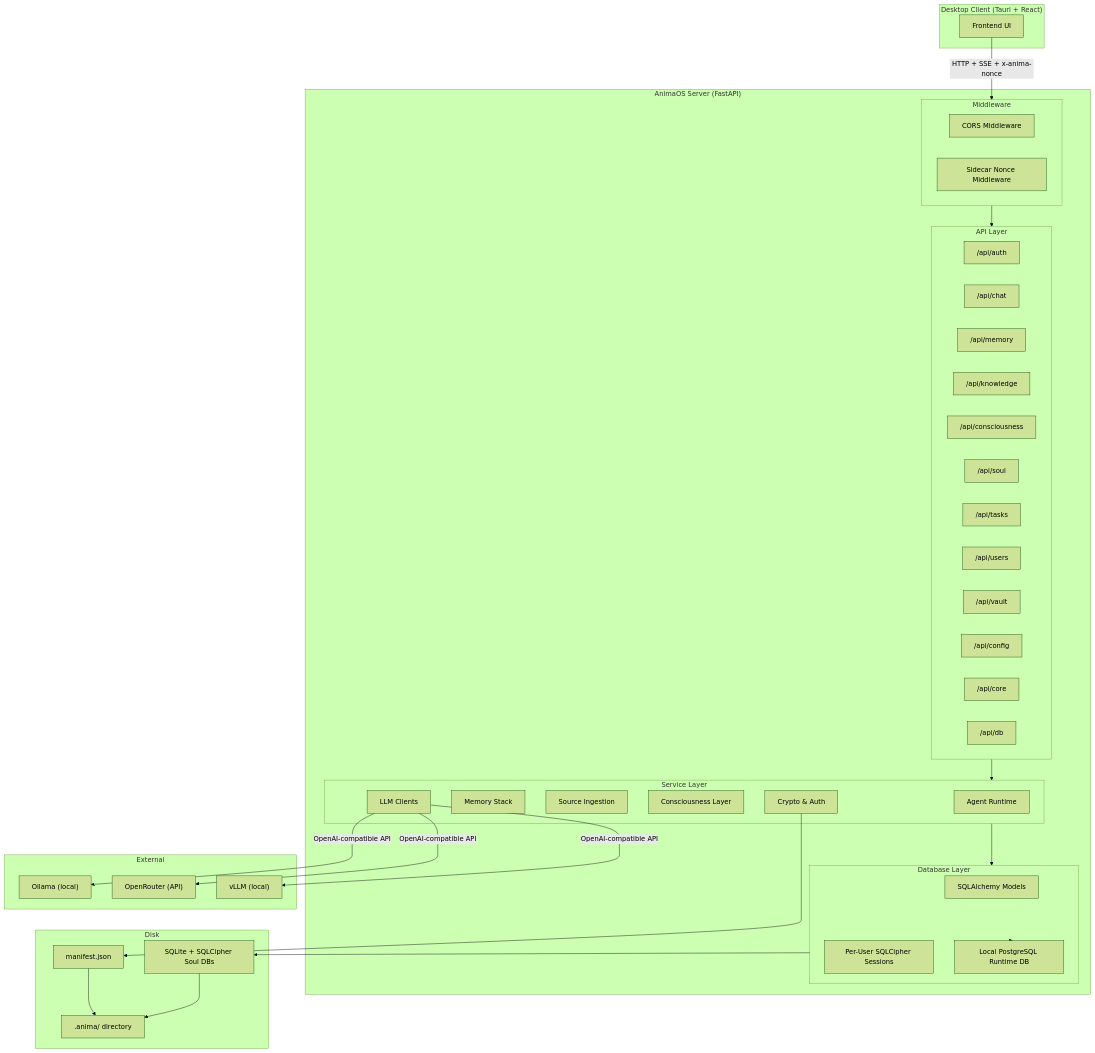
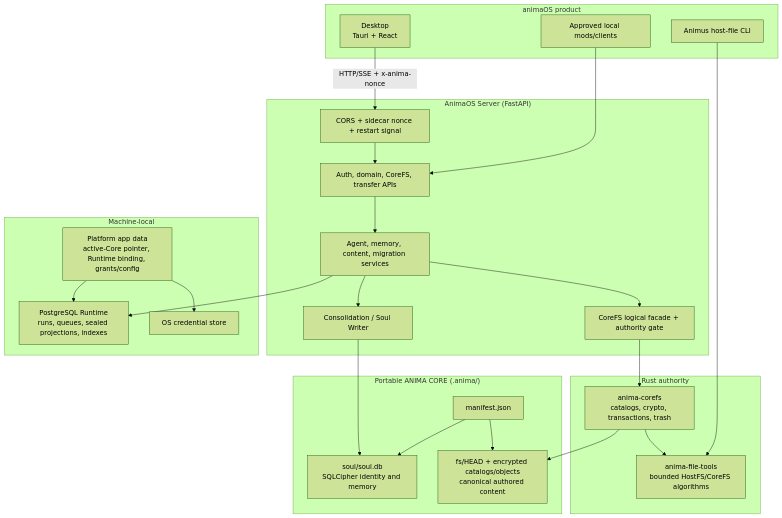
Before and after one commit to G9000/animaOS: the diagram in docs/architecture/README.md, drawn with Mermaid (forest theme). The commit also changed other lines of this file and 266 other files, not shown here.

````diff
--- a/docs/architecture/README.md
+++ b/docs/architecture/README.md
@@ -78,68 +78,50 @@
 ```mermaid
 flowchart TD
-    subgraph Client["Desktop Client (Tauri + React)"]
-        FE[Frontend UI]
+    subgraph Product["animaOS product"]
+        Desktop["Desktop<br/>Tauri + React"]
+        Animus["Animus host-file CLI"]
+        Mod["Approved local mods/clients"]
     end
 
     subgraph Server["AnimaOS Server (FastAPI)"]
-        subgraph MW["Middleware"]
-            CORS[CORS Middleware]
-            Nonce[Sidecar Nonce Middleware]
-        end
-
-        subgraph API["API Layer"]
-            Auth["/api/auth"]
-            Chat["/api/chat"]
-            Memory["/api/memory"]
-            Knowledge["/api/knowledge"]
-            Consc["/api/consciousness"]
-            Soul["/api/soul"]
-            Tasks["/api/tasks"]
-            Users["/api/users"]
-            Vault["/api/vault"]
-            Config["/api/config"]
-            Core["/api/core"]
-            DB["/api/db"]
-        end
-
-        subgraph Services["Service Layer"]
-            AgentRT["Agent Runtime"]
-            MemStack["Memory Stack"]
-            SourceIngest["Source Ingestion"]
-            Consciousness["Consciousness Layer"]
-            LLMLayer["LLM Clients"]
-            CryptoLayer["Crypto & Auth"]
-        end
-
-        subgraph Persistence["Database Layer"]
-            Models["SQLAlchemy Models"]
-            SoulSession["Per-User SQLCipher Sessions"]
-            RuntimeDB["Local PostgreSQL Runtime DB"]
-        end
+        Middleware["CORS + sidecar nonce + restart signal"]
+        API["Auth, domain, CoreFS, transfer APIs"]
+        Services["Agent, memory, content, migration services"]
+        SoulWriter["Consolidation / Soul Writer"]
+        CoreFacade["CoreFS logical facade + authority gate"]
     end
 
-    subgraph External["External"]
-        Ollama["Ollama (local)"]
-        OpenRouter["OpenRouter (API)"]
-        VLLM["vLLM (local)"]
+    subgraph Native["Rust authority"]
+        CoreEngine["anima-corefs<br/>catalogs, crypto, transactions, trash"]
+        FileTools["anima-file-tools<br/>bounded HostFS/CoreFS algorithms"]
     end
 
-    subgraph Storage["Disk"]
-        AnimaDir[".anima/ directory"]
-        SQLiteDB["SQLite + SQLCipher Soul DBs"]
+    subgraph Portable["Portable ANIMA CORE (.anima/)"]
         Manifest["manifest.json"]
+        Soul["soul/soul.db<br/>SQLCipher identity and memory"]
+        CoreFS["fs/HEAD + encrypted catalogs/objects<br/>canonical authored content"]
     end
 
-    FE -->|"HTTP + SSE + x-anima-nonce"| MW
-    MW --> API
+    subgraph Local["Machine-local"]
+        Runtime["PostgreSQL Runtime<br/>runs, queues, sealed projections, indexes"]
+        Device["Platform app data<br/>active-Core pointer, Runtime binding, grants/config"]
+        Credentials["OS credential store"]
+    end
+
+    Desktop -->|"HTTP/SSE + x-anima-nonce"| Middleware
+    Middleware --> API
     API --> Services
-    Services --> Persistence
-    Persistence --> SQLiteDB
-    Persistence --> RuntimeDB
-    CryptoLayer --> Manifest
-    LLMLayer -->|"OpenAI-compatible API"| Ollama
-    LLMLayer -->|"OpenAI-compatible API"| OpenRouter
-    LLMLayer -->|"OpenAI-compatible API"| VLLM
-    SQLiteDB --> AnimaDir
-    Manifest --> AnimaDir
+    Services --> CoreFacade
+    CoreFacade --> CoreEngine
+    CoreEngine --> CoreFS
+    CoreEngine --> FileTools
+    Services --> Runtime
+    SoulWriter --> Soul
+    Services --> SoulWriter
+    Manifest --> Soul
+    Manifest --> CoreFS
+    Device --> Runtime
+    Device --> Credentials
+    Mod --> API
+    Animus --> FileTools
 ```
````
